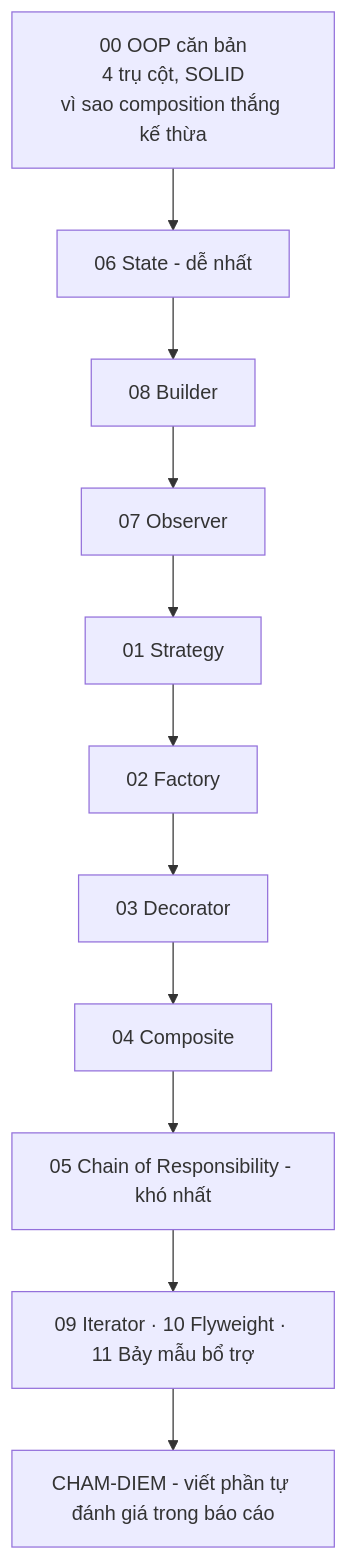
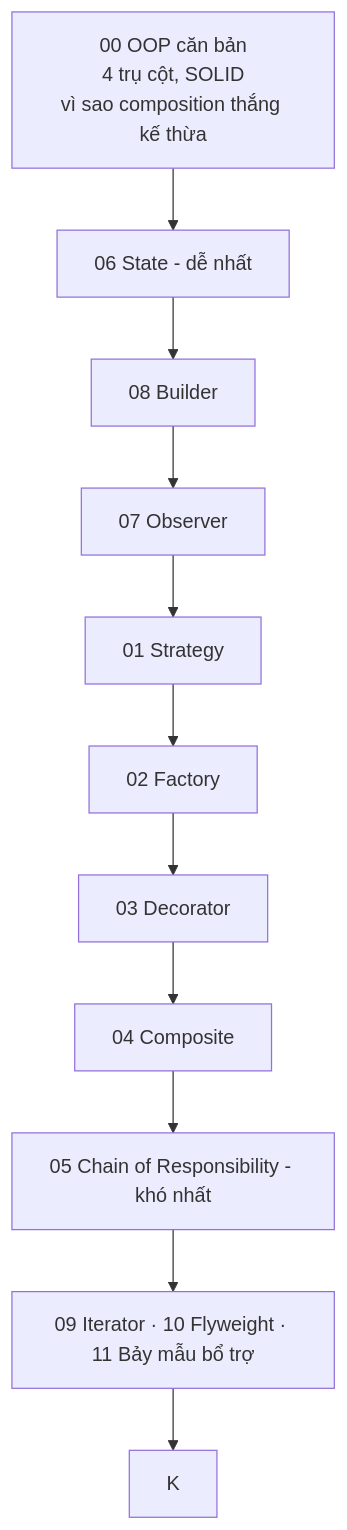
Before and after one commit to KietAnhCS/CocCoc-Plus: the sixth of 6 diagrams in docs/Math/09-design-patterns/00-SO-DO-TU-DUY.md, drawn with Mermaid. The commit also changed other lines of this file and 1 other file, not shown here.

````diff
--- a/docs/Math/09-design-patterns/00-SO-DO-TU-DUY.md
+++ b/docs/Math/09-design-patterns/00-SO-DO-TU-DUY.md
@@ -281,16 +281,15 @@
 ```mermaid
 flowchart TD
     A["00 OOP căn bản<br/>4 trụ cột, SOLID<br/>vì sao composition thắng kế thừa"]
     B["06 State - dễ nhất"]
     C["08 Builder"]
     D["07 Observer"]
     E["01 Strategy"]
     F["02 Factory"]
     G["03 Decorator"]
     H["04 Composite"]
     I["05 Chain of Responsibility - khó nhất"]
     J["09 Iterator · 10 Flyweight · 11 Bảy mẫu bổ trợ"]
-    K["CHAM-DIEM - viết phần tự đánh giá trong báo cáo"]
 
     A --> B --> C --> D --> E --> F --> G --> H --> I --> J --> K
 ```
````
